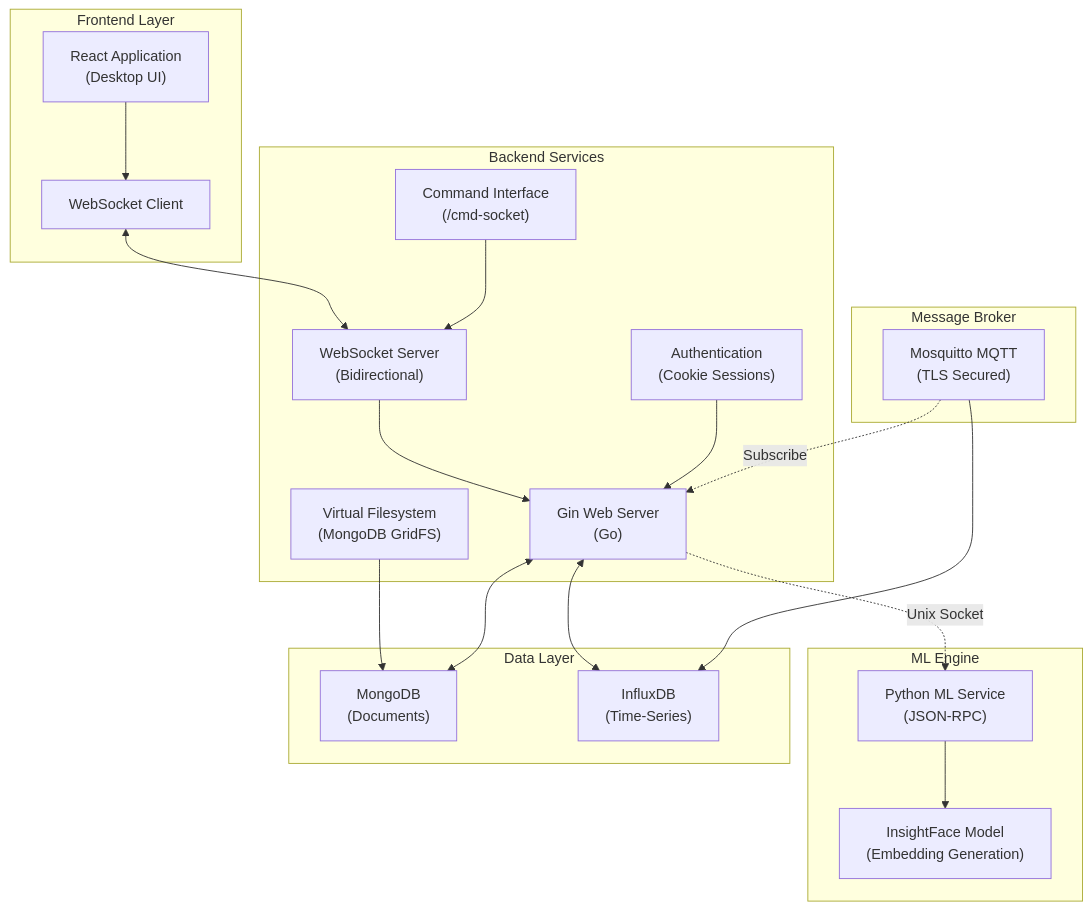
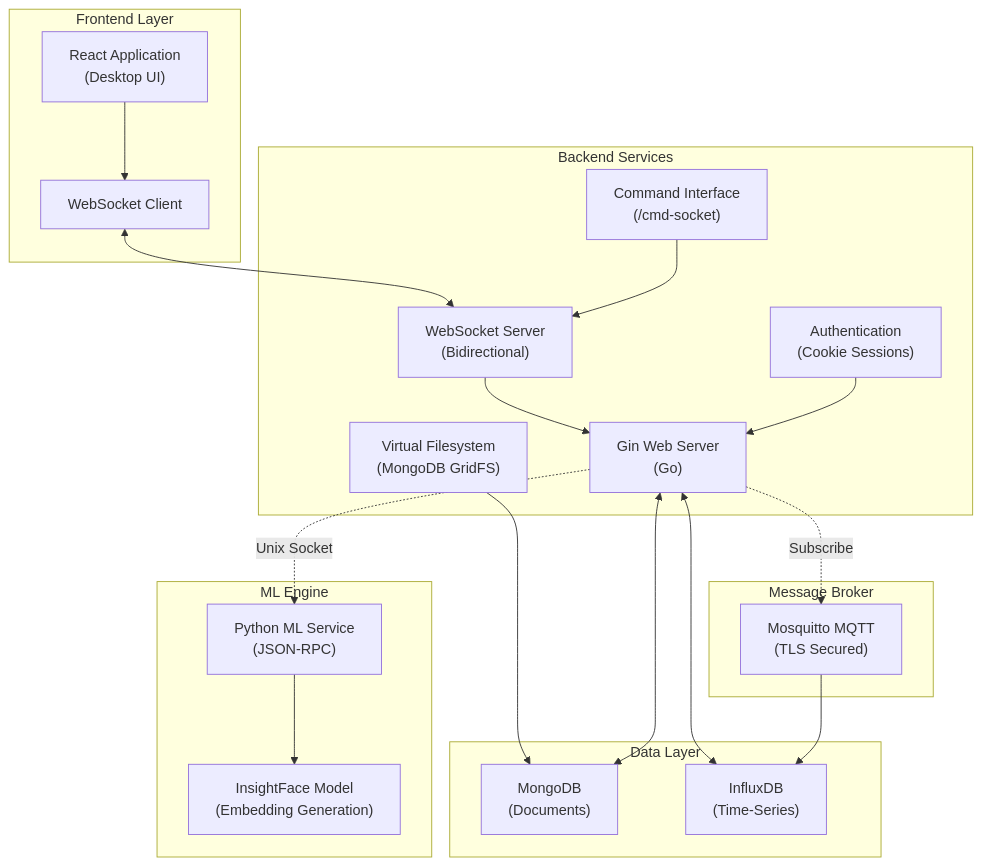
The second of 4 diagrams in docs/presentation-structure.md (jeremiafourie/cogniflight-edge), drawn with Mermaid before and after one commit. The commit also changed other lines of this file, not shown here.

````diff
--- a/docs/presentation-structure.md
+++ b/docs/presentation-structure.md
@@ -107,45 +107,45 @@
 ```mermaid
 graph TB
     subgraph Frontend["Frontend Layer"]
         REACT["React Application<br/>(Desktop UI)"]
         WS_CLIENT["WebSocket Client"]
     end
 
     subgraph Backend["Backend Services"]
         GIN["Gin Web Server<br/>(Go)"]
         AUTH["Authentication<br/>(Cookie Sessions)"]
         CMD["Command Interface<br/>(/cmd-socket)"]
         WS_SERVER["WebSocket Server<br/>(Bidirectional)"]
         GRIDFS["Virtual Filesystem<br/>(MongoDB GridFS)"]
     end
 
     subgraph ML["ML Engine"]
         PYML["Python ML Service<br/>(JSON-RPC)"]
         INSIGHT["InsightFace Model<br/>(Embedding Generation)"]
     end
 
     subgraph Messaging["Message Broker"]
         MQTT["Mosquitto MQTT<br/>(TLS Secured)"]
     end
 
     subgraph Storage["Data Layer"]
         MONGO["MongoDB<br/>(Documents)"]
         INFLUX["InfluxDB<br/>(Time-Series)"]
     end
 
     REACT --> WS_CLIENT
 
     WS_CLIENT <--> WS_SERVER
     WS_SERVER --> GIN
     AUTH --> GIN
     CMD --> WS_SERVER
     GRIDFS --> MONGO
 
     GIN <--> MONGO
     GIN <--> INFLUX
     GIN -.Unix Socket.-> PYML
     PYML --> INSIGHT
 
     MQTT --> INFLUX
-    MQTT -.Subscribe.-> GIN
+    GIN -.Subscribe.-> MQTT
 ```
````
